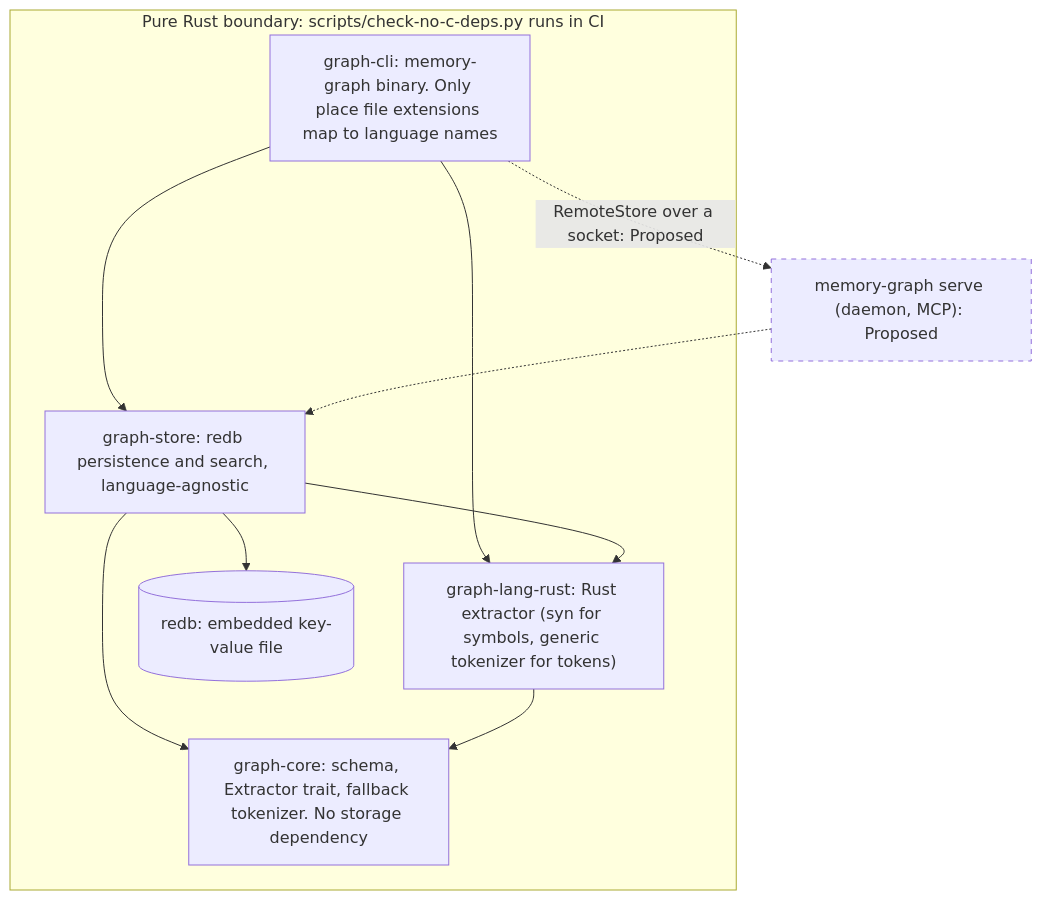
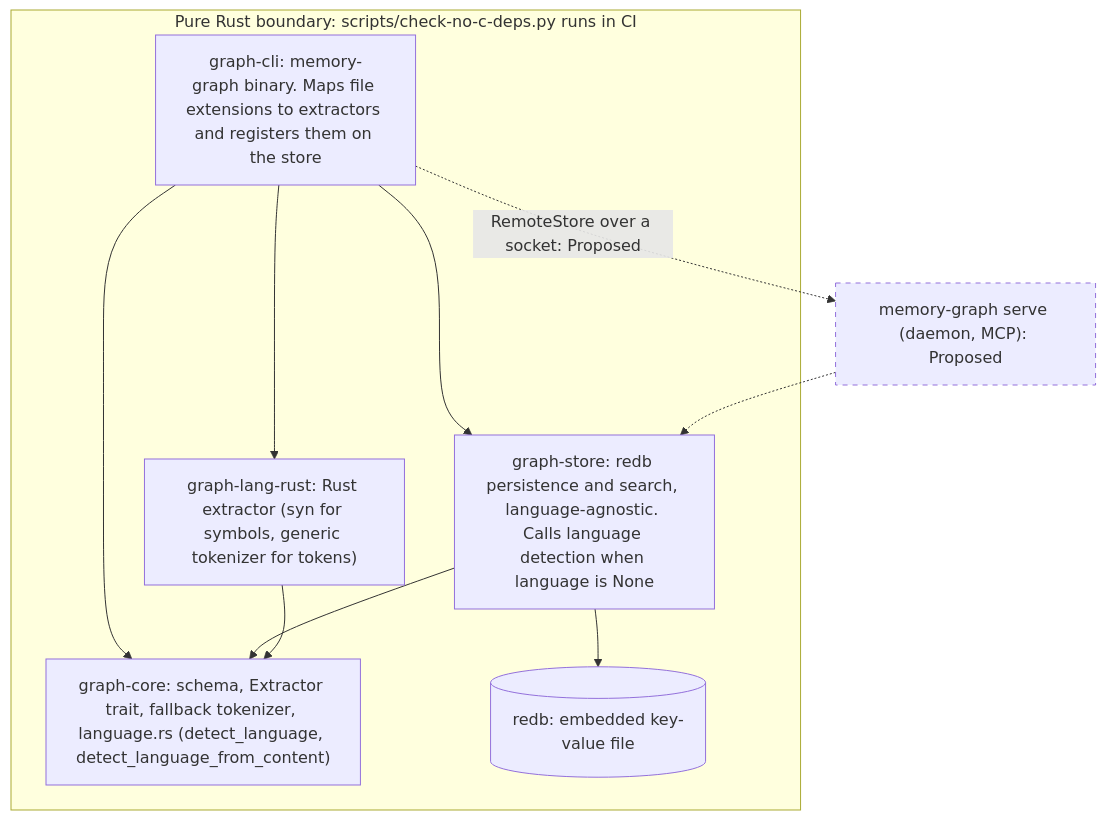
One commit to P47Phoenix/memory-graph changed the fifth of 19 diagrams in docs/architecture-diagrams.md. Above: the diagram before and after it, drawn with Mermaid. The commit also changed other lines of this file and 2 other files, not shown here.

First line of the commit message:
Fix architecture diagram review findings (PR #13)

````diff
--- a/docs/architecture-diagrams.md
+++ b/docs/architecture-diagrams.md
@@ -241,20 +156,20 @@
 ```mermaid
 flowchart TD
     subgraph PURE["Pure Rust boundary: scripts/check-no-c-deps.py runs in CI"]
-        CLI["graph-cli: memory-graph binary. Only place file extensions map to language names"]
+        CLI["graph-cli: memory-graph binary. Maps file extensions to extractors and registers them on the store"]
         LANG["graph-lang-rust: Rust extractor (syn for symbols, generic tokenizer for tokens)"]
-        STORE["graph-store: redb persistence and search, language-agnostic"]
-        CORE["graph-core: schema, Extractor trait, fallback tokenizer. No storage dependency"]
+        STORE["graph-store: redb persistence and search, language-agnostic. Calls language detection when language is None"]
+        CORE["graph-core: schema, Extractor trait, fallback tokenizer, language.rs (detect_language, detect_language_from_content)"]
         REDB[("redb: embedded key-value file")]
         CLI --> STORE
         CLI --> LANG
+        CLI --> CORE
         STORE --> CORE
-        STORE --> LANG
         LANG --> CORE
         STORE --> REDB
     end
     SERVE["memory-graph serve (daemon, MCP): Proposed"]
     SERVE -.-> STORE
     CLI -.->|"RemoteStore over a socket: Proposed"| SERVE
     style SERVE stroke-dasharray: 5 5
 ```
````
